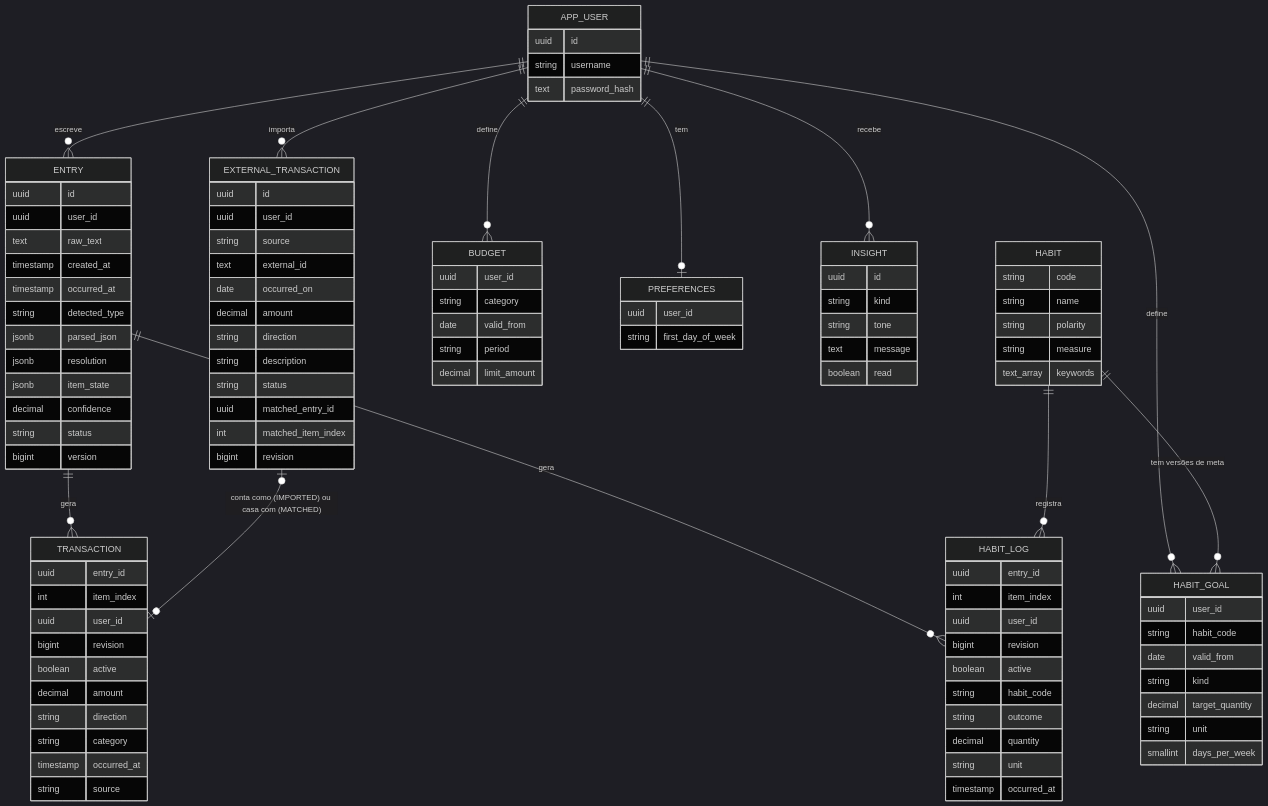
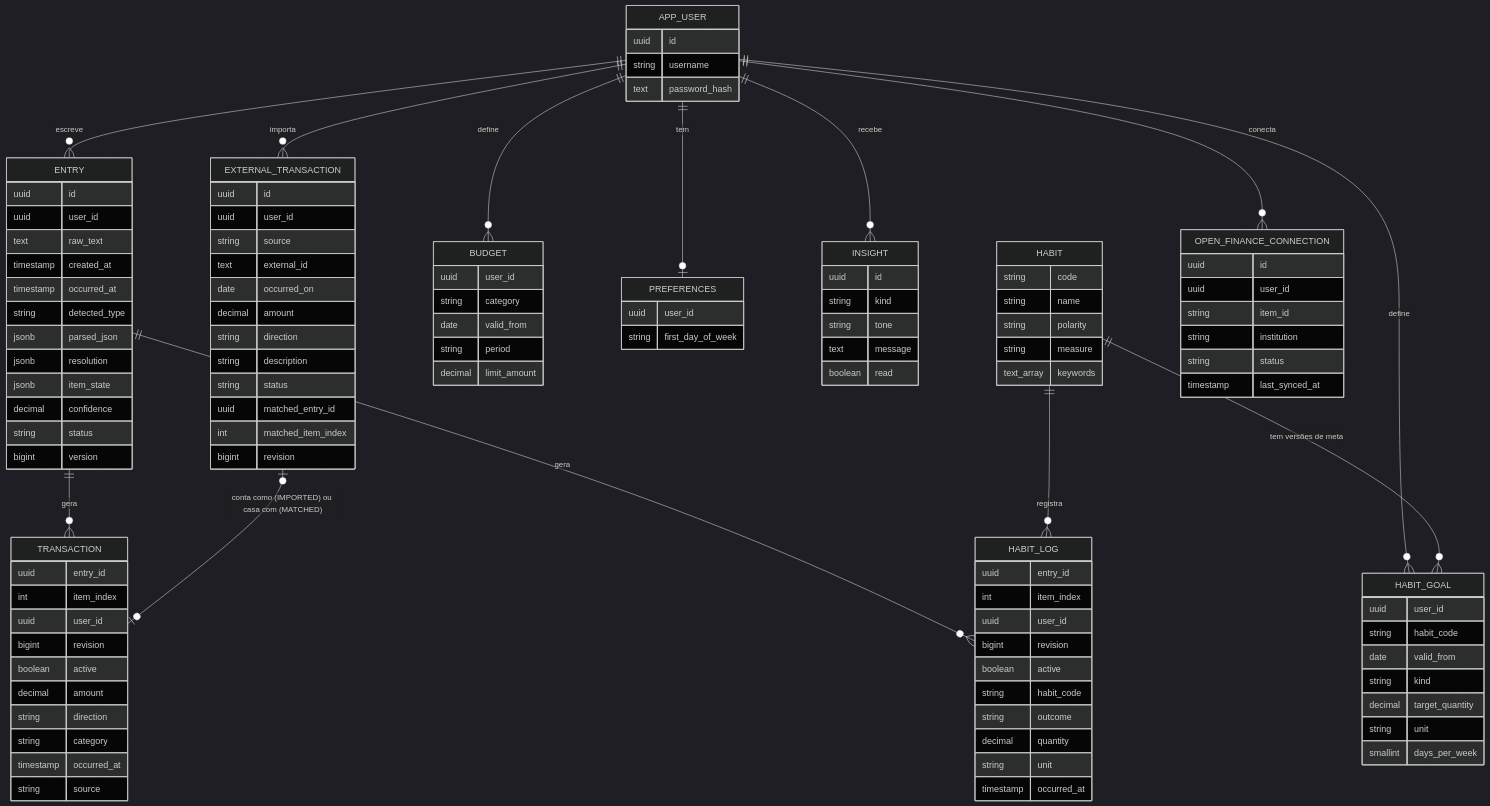
One commit to GabrieliModollo/mydly changed the fifth of 6 diagrams in docs/arquitetura.md. Above: the diagram before and after it, drawn with Mermaid (dark theme). The commit also changed other lines of this file and 5 other files, not shown here.

Commit message:
docs: ADR 0015, Open Finance na arquitetura, no design e nos READMEs; etapa 12 concluída

```diff
--- a/docs/arquitetura.md
+++ b/docs/arquitetura.md
@@ -153,6 +153,7 @@
     APP_USER ||--o| PREFERENCES : tem
     APP_USER ||--o{ INSIGHT : recebe
     APP_USER ||--o{ EXTERNAL_TRANSACTION : importa
+    APP_USER ||--o{ OPEN_FINANCE_CONNECTION : conecta
     EXTERNAL_TRANSACTION |o--o| TRANSACTION : "conta como (IMPORTED) ou casa com (MATCHED)"
 
     APP_USER {
@@ -239,6 +240,14 @@
         int matched_item_index
         bigint revision
     }
+    OPEN_FINANCE_CONNECTION {
+        uuid id
+        uuid user_id
+        string item_id
+        string institution
+        string status
+        timestamp last_synced_at
+    }
     INSIGHT {
         uuid id
         string kind
```
